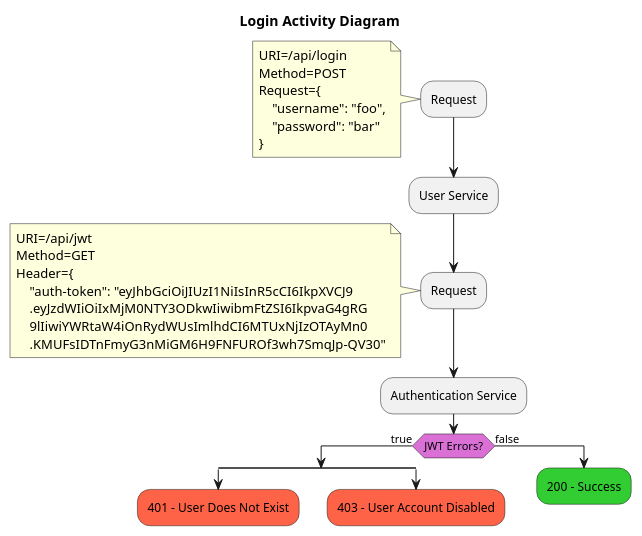
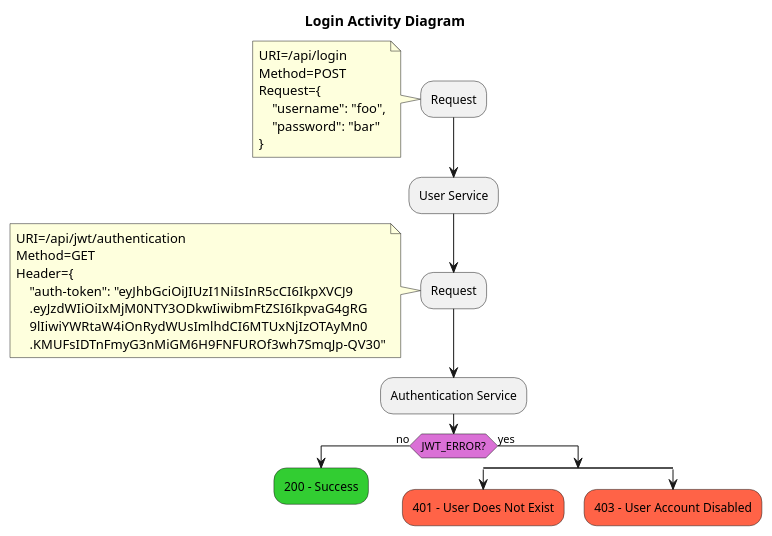
The diagram in docs/diagrams/routes/Login_Activity_Diagram.puml (darrylmorton/ct-iot-user-service-k8s), drawn with PlantUML before and after one commit. The commit also changed 32 other files, not shown here.

```diff
--- a/docs/diagrams/routes/Login_Activity_Diagram.puml
+++ b/docs/diagrams/routes/Login_Activity_Diagram.puml
@@ -1,46 +1,45 @@
 @startuml
 'https://plantuml.com/activity-diagram-beta
 
 title Login Activity Diagram
 
 :Request;
 note
 URI=/api/login
 Method=POST
 Request={
     "username": "foo",
     "password": "bar"
 }
 end note
 
 :User Service;
 
 :Request;
 note
-URI=/api/jwt
+URI=/api/jwt/authentication
 Method=GET
 Header={
     "auth-token": "eyJhbGciOiJIUzI1NiIsInR5cCI6IkpXVCJ9
     .eyJzdWIiOiIxMjM0NTY3ODkwIiwibmFtZSI6IkpvaG4gRG
     9lIiwiYWRtaW4iOnRydWUsImlhdCI6MTUxNjIzOTAyMn0
     .KMUFsIDTnFmyG3nMiGM6H9FNFUROf3wh7SmqJp-QV30"
 end note
 
 :Authentication Service;
 
 skinparam ActivityDiamondBackgroundColor orchid
-if (JWT Errors?) then (true)
+if (JWT_ERROR?) then (no)
+    #limegreen:200 - Success;
+    kill;
+else (yes)
     split
         #tomato:401 - User Does Not Exist;
         kill;
     split again;
         #tomato:403 - User Account Disabled;
         kill;
     end split
-    kill;
-else (false)
-    #limegreen:200 - Success;
-    kill;
 endif
 
 @enduml
```
